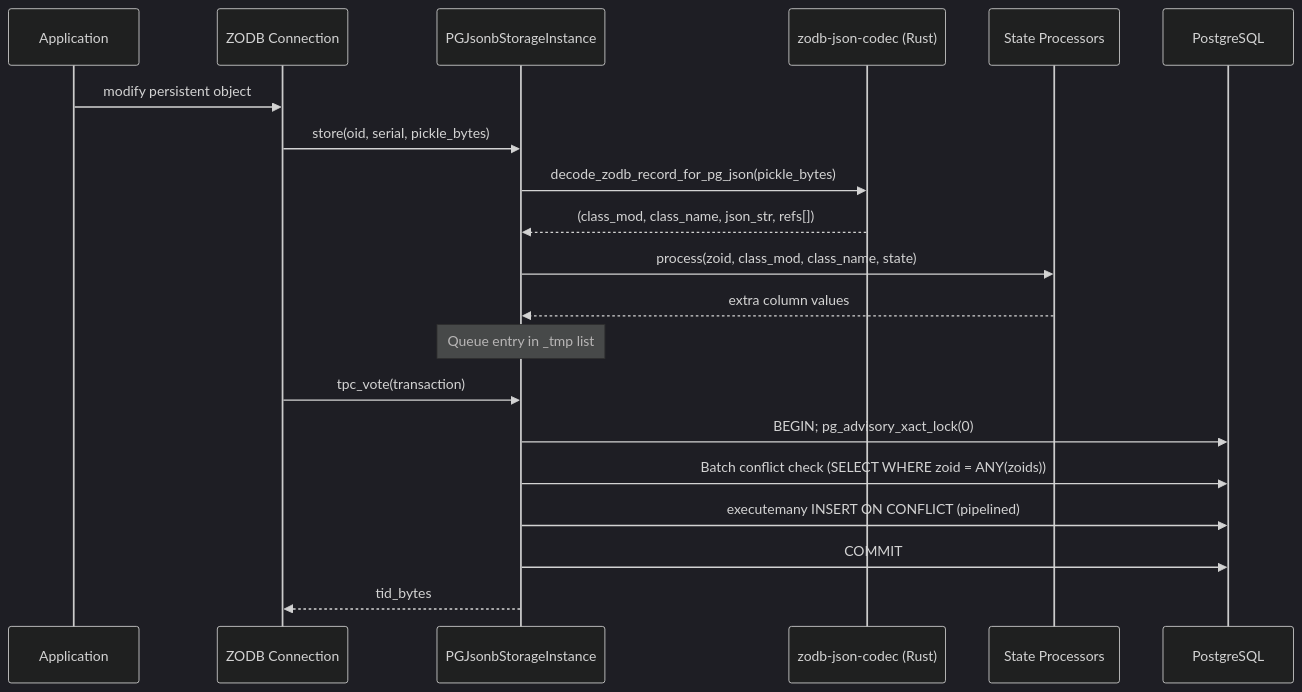
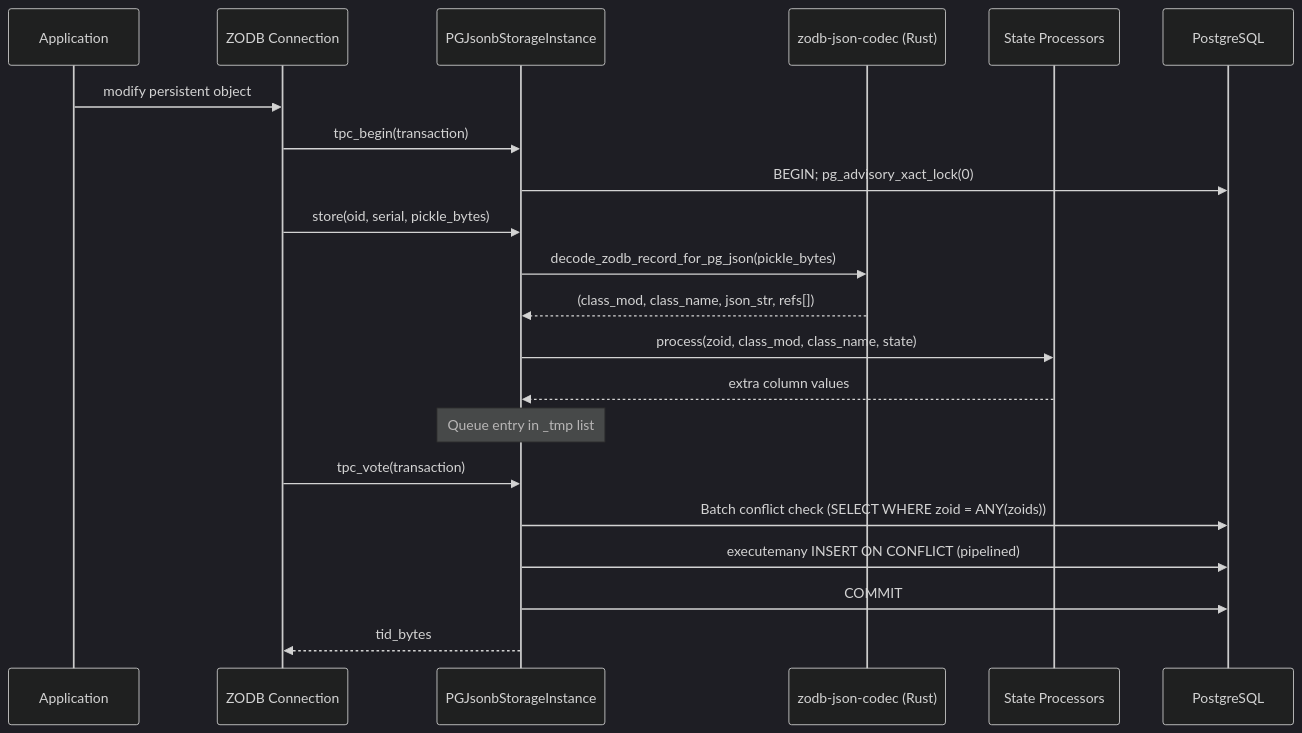
The second of 4 diagrams in docs/sources/explanation/architecture.md (bluedynamics/zodb-pgjsonb), drawn with Mermaid (dark theme) before and after one commit. The commit also changed other lines of this file and 14 other files, not shown here.

````diff
--- a/docs/sources/explanation/architecture.md
+++ b/docs/sources/explanation/architecture.md
@@ -50,23 +50,24 @@
 ```{mermaid}
 sequenceDiagram
     participant App as Application
     participant ZODB as ZODB Connection
     participant Inst as PGJsonbStorageInstance
     participant Codec as zodb-json-codec (Rust)
     participant SP as State Processors
     participant PG as PostgreSQL
 
     App->>ZODB: modify persistent object
+    ZODB->>Inst: tpc_begin(transaction)
+    Inst->>PG: BEGIN#59; pg_advisory_xact_lock(0)
     ZODB->>Inst: store(oid, serial, pickle_bytes)
     Inst->>Codec: decode_zodb_record_for_pg_json(pickle_bytes)
     Codec-->>Inst: (class_mod, class_name, json_str, refs[])
     Inst->>SP: process(zoid, class_mod, class_name, state)
     SP-->>Inst: extra column values
     Note over Inst: Queue entry in _tmp list
     ZODB->>Inst: tpc_vote(transaction)
-    Inst->>PG: BEGIN#59; pg_advisory_xact_lock(0)
     Inst->>PG: Batch conflict check (SELECT WHERE zoid = ANY(zoids))
     Inst->>PG: executemany INSERT ON CONFLICT (pipelined)
     Inst->>PG: COMMIT
     Inst-->>ZODB: tid_bytes
 ```
````
